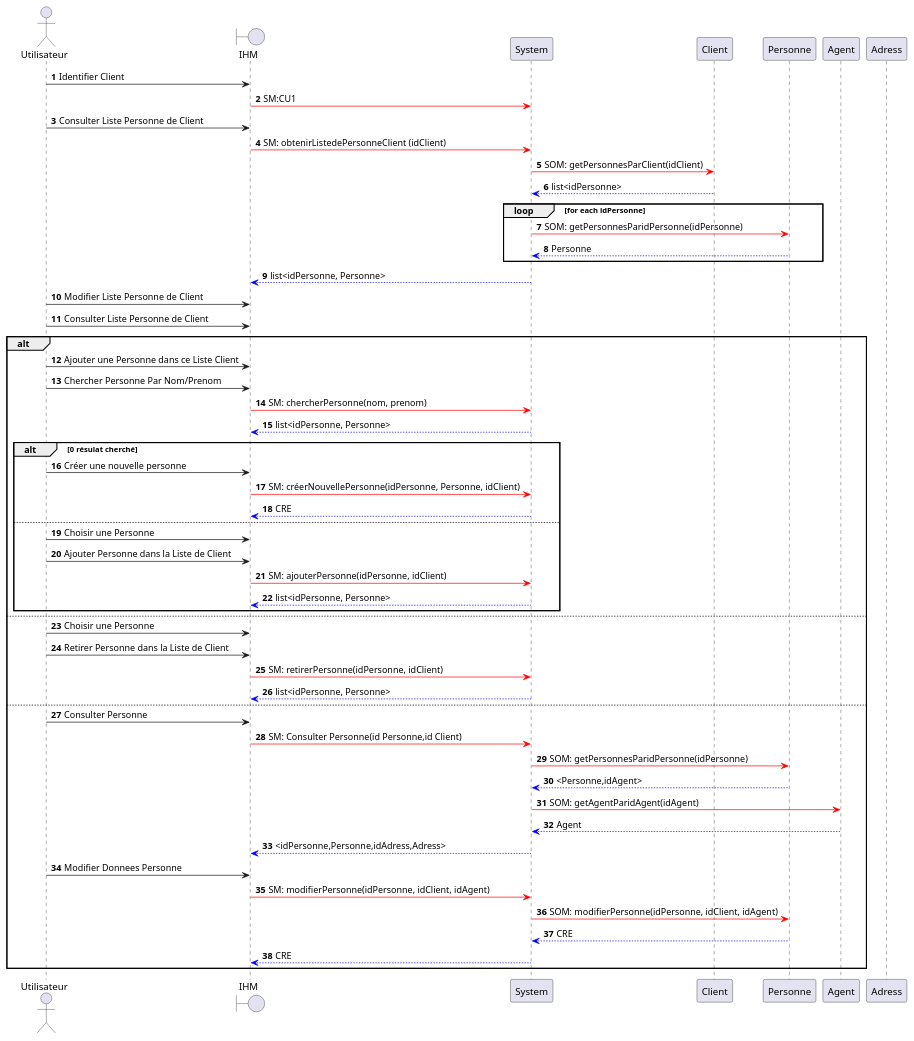
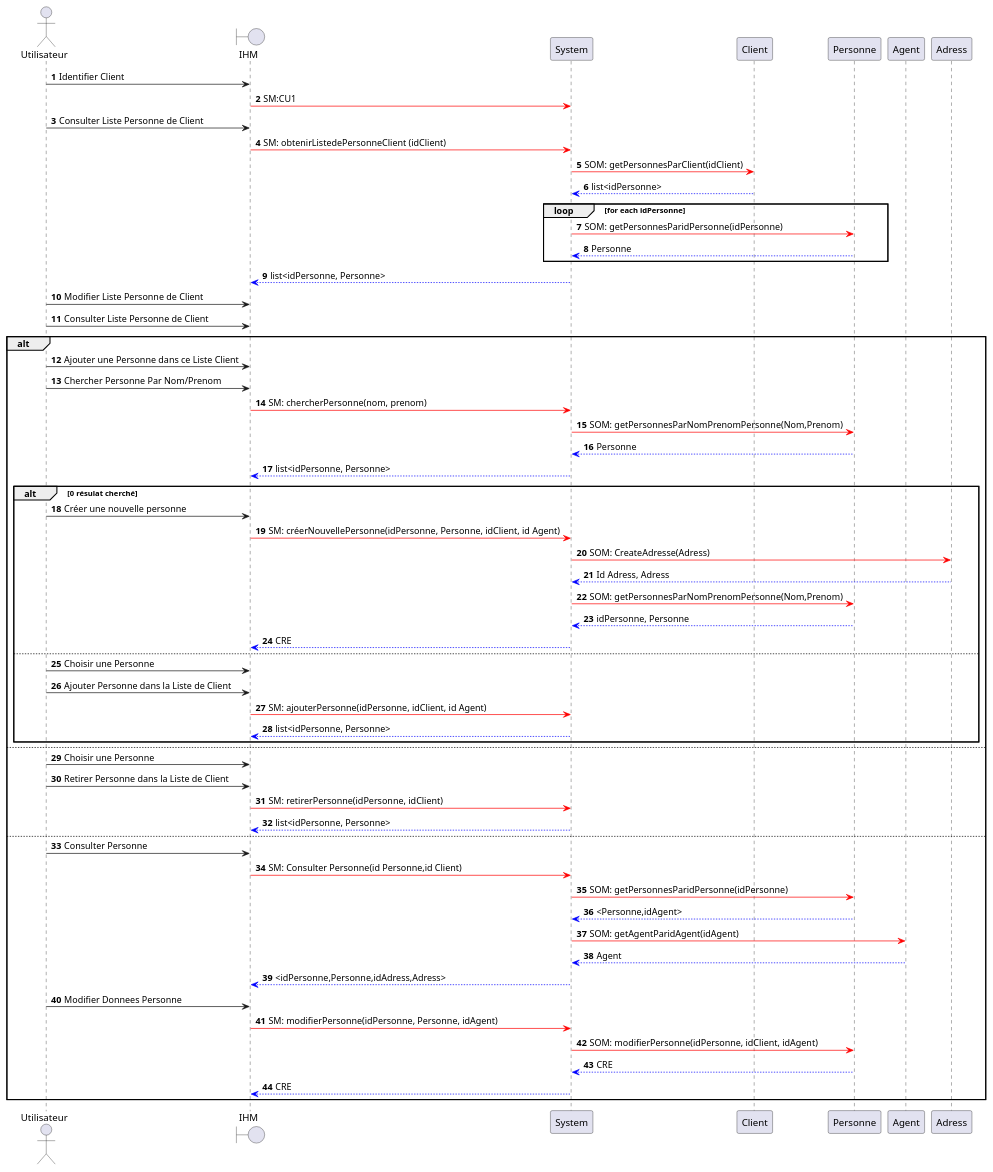
Before and after one commit to HZjiadong/PLD-MARS: the diagram in src/documentation/CU2-DSS.puml, drawn with PlantUML.

```diff
--- a/src/documentation/CU2-DSS.puml
+++ b/src/documentation/CU2-DSS.puml
@@ -1,70 +1,76 @@
 @startuml
 
 actor Utilisateur as U
 boundary IHM as I
 participant System as S
 participant Client as C
 participant Personne as P
 participant Agent as A
 participant Adress as Ad
 '在personne和agent之间添加一个association 来储存最后一个modifier/ajouter 的agent的Id
 autonumber
 
 U->I: Identifier Client
     I-[#red]>S: SM:CU1
 
 U->I: Consulter Liste Personne de Client
     I-[#red]>S: SM: obtenirListedePersonneClient (idClient)
         S-[#red]>C: SOM: getPersonnesParClient(idClient)
         C-[#0000FF]->S: list<idPersonne>
         loop for each idPersonne
         S-[#red]>P: SOM: getPersonnesParidPersonne(idPersonne)
         P-[#0000FF]->S: Personne
         end
 
     S-[#0000FF]->I: list<idPersonne, Personne>
 
 
 U->I: Modifier Liste Personne de Client
 U->I: Consulter Liste Personne de Client
 alt
     U->I: Ajouter une Personne dans ce Liste Client
 
     U->I: Chercher Personne Par Nom/Prenom
         I-[#red]>S: SM: chercherPersonne(nom, prenom)
+            S-[#red]>P: SOM: getPersonnesParNomPrenomPersonne(Nom,Prenom)
+            P-[#0000FF]->S: Personne
         S-[#0000FF]->I: list<idPersonne, Personne>
     alt  0 résulat cherché
     U->I: Créer une nouvelle personne
-            I-[#red]>S: SM: créerNouvellePersonne(idPersonne, Personne, idClient)
+            I-[#red]>S: SM: créerNouvellePersonne(idPersonne, Personne, idClient, id Agent)
+                S-[#red]>Ad: SOM: CreateAdresse(Adress)
+                Ad-[#0000FF]->S: Id Adress, Adress
+                S-[#red]>P: SOM: getPersonnesParNomPrenomPersonne(Nom,Prenom)
+                P-[#0000FF]->S: idPersonne, Personne
             S-[#0000FF]->I: CRE
     else
     U->I: Choisir une Personne
 
     U->I: Ajouter Personne dans la Liste de Client
-        I-[#red]>S: SM: ajouterPersonne(idPersonne, idClient)
+        I-[#red]>S: SM: ajouterPersonne(idPersonne, idClient, id Agent)
         S-[#0000FF]->I: list<idPersonne, Personne>
     end
 else
     U->I: Choisir une Personne
     U->I: Retirer Personne dans la Liste de Client
         I-[#red]>S: SM: retirerPersonne(idPersonne, idClient)
         S-[#0000FF]->I: list<idPersonne, Personne>
 else
     U->I: Consulter Personne
         I-[#red]>S: SM: Consulter Personne(id Personne,id Client)
             S-[#red]>P: SOM: getPersonnesParidPersonne(idPersonne)
             P-[#0000FF]->S: <Personne,idAgent>
             S-[#red]>A: SOM: getAgentParidAgent(idAgent)
             A-[#0000FF]->S: Agent
 
         S-[#0000FF]->I: <idPersonne,Personne,idAdress,Adress>
     U->I: Modifier Donnees Personne
-        I-[#red]>S: SM: modifierPersonne(idPersonne, idClient, idAgent)
+        I-[#red]>S: SM: modifierPersonne(idPersonne, Personne, idAgent)
             S-[#red]>P: SOM: modifierPersonne(idPersonne, idClient, idAgent)
             P-[#0000FF]->S: CRE
         S-[#0000FF]->I: CRE
 end
 
 
 
 @enduml
```
